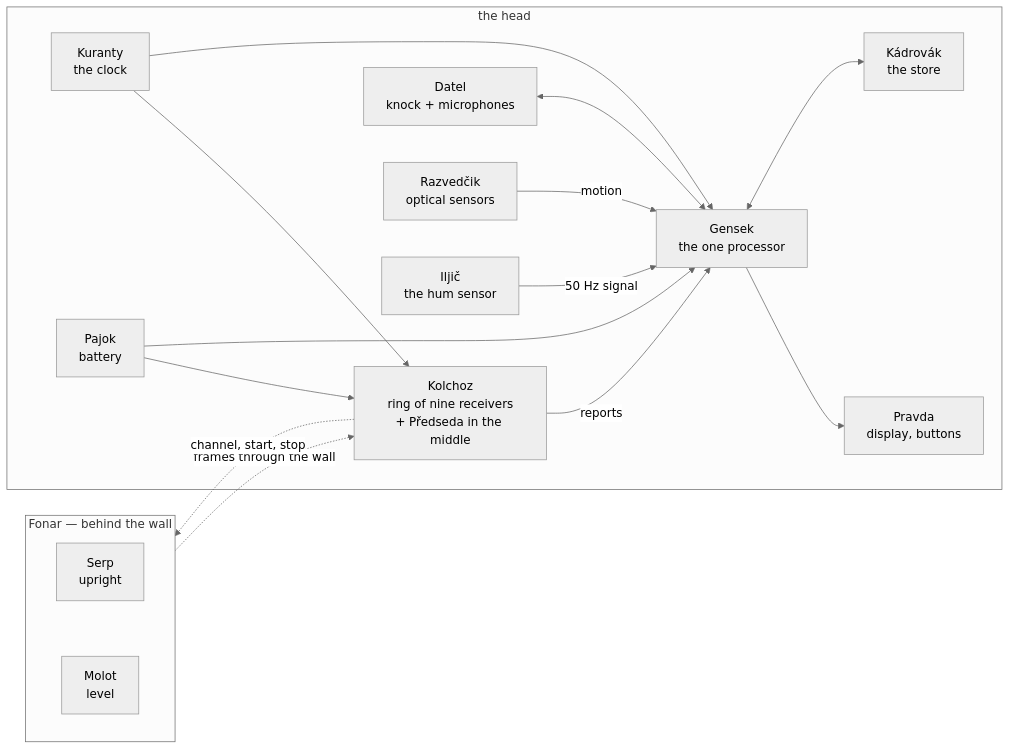
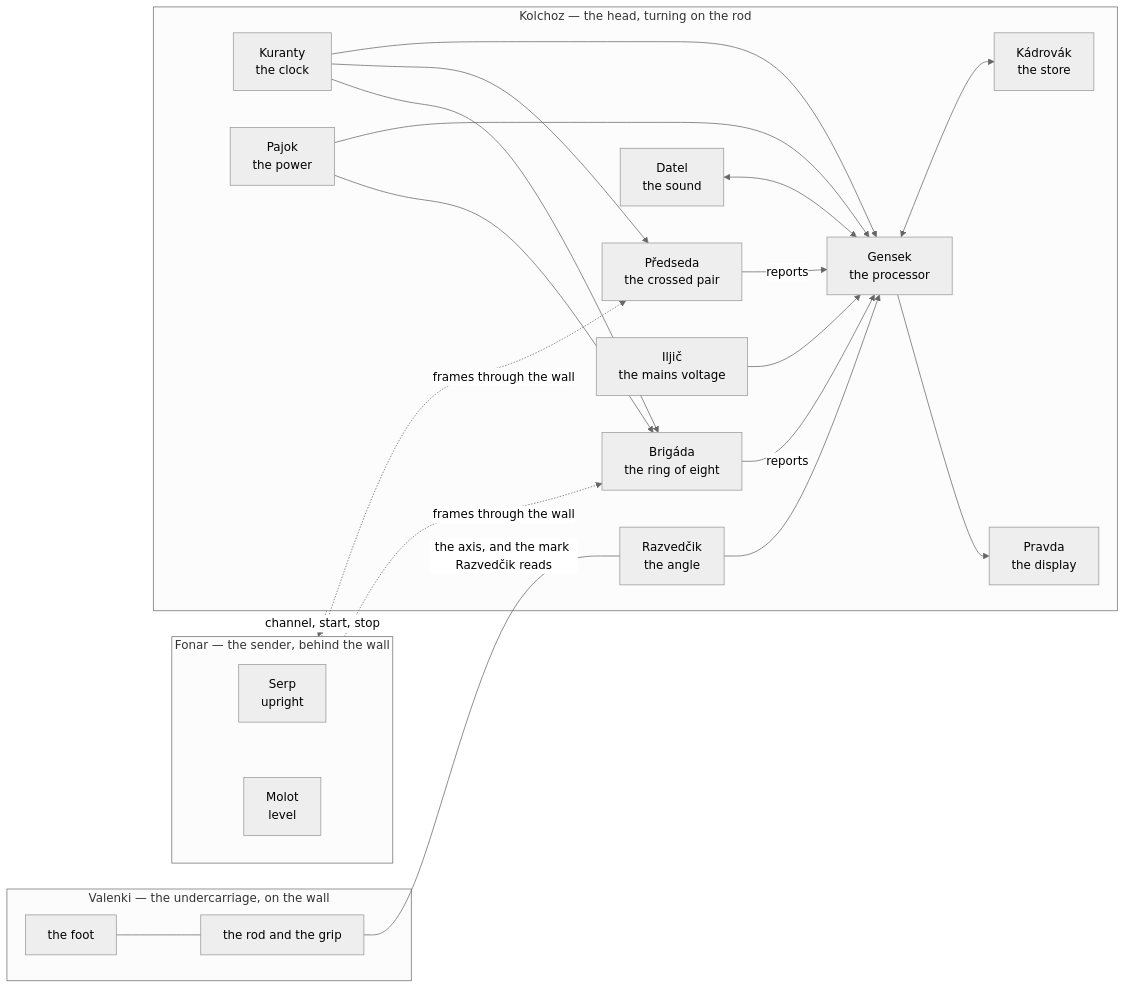
Before and after one commit to Project-NIC/NIC-Sluchalo: the diagram in architecture.md, drawn with Mermaid (neutral theme). The commit also changed other lines of this file and 8 other files, not shown here.

First line of the commit message:
Levels 2 and 3 closed again: the head turns on a rod, eight around Předseda, the names in three tiers

````diff
--- a/architecture.md
+++ b/architecture.md
@@ -12,19 +19,23 @@
 ```mermaid
 flowchart LR
-  subgraph F[Fonar — behind the wall]
+  subgraph F[Fonar — the sender, behind the wall]
     FA[Serp<br/>upright] ~~~ FB[Molot<br/>level]
   end
-  F -. frames through the wall .-> K
-  subgraph H[the head]
-    K[Kolchoz<br/>ring of nine receivers<br/>+ Předseda in the middle] -->|reports| G[Gensek<br/>the one processor]
-    C[Kuranty<br/>the clock] --> K
-    C --> G
-    D[Datel<br/>knock + microphones] <--> G
-    R[Razvedčik<br/>optical sensors] -->|motion| G
-    I[Iljič<br/>the hum sensor] -->|50 Hz signal| G
-    G --> S[Pravda<br/>display, buttons]
+  subgraph V[Valenki — the undercarriage, on the wall]
+    VF[the foot] --- VR[the rod and the grip]
+  end
+  subgraph K[Kolchoz — the head, turning on the rod]
+    B[Brigáda<br/>the ring of eight] -->|reports| G[Gensek<br/>the processor]
+    PR[Předseda<br/>the crossed pair] -->|reports| G
+    C[Kuranty<br/>the clock] --> B & PR & G
+    D[Datel<br/>the sound] <--> G
+    R[Razvedčik<br/>the angle] --> G
+    I[Iljič<br/>the mains voltage] --> G
+    G --> S[Pravda<br/>the display]
     G <--> M[Kádrovák<br/>the store]
-    P[Pajok<br/>battery] --> K & G
+    P[Pajok<br/>the power] --> B & G
   end
+  F -. frames through the wall .-> B & PR
   K -. channel, start, stop .-> F
+  VR -- the axis, and the mark Razvedčik reads --- R
 ```
````
